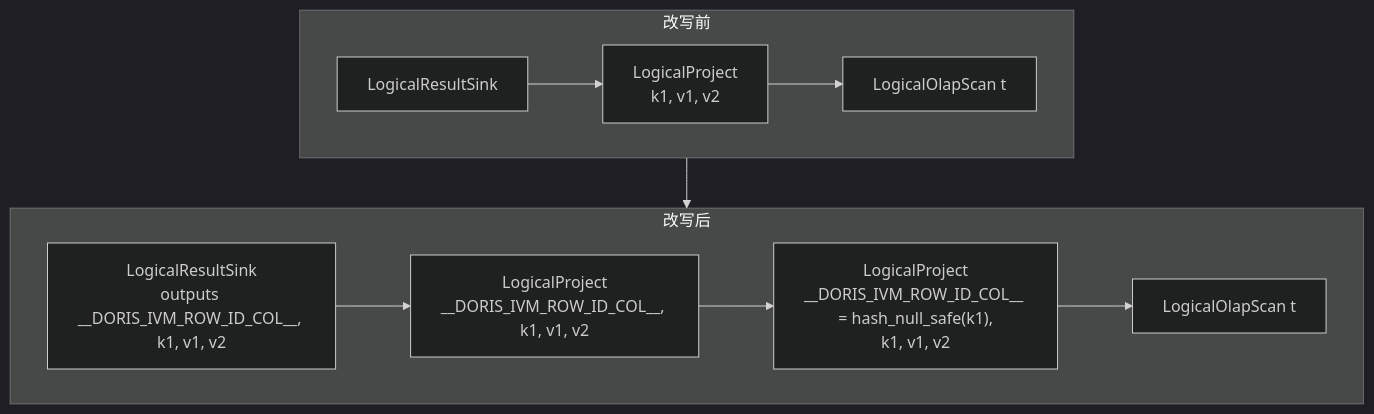
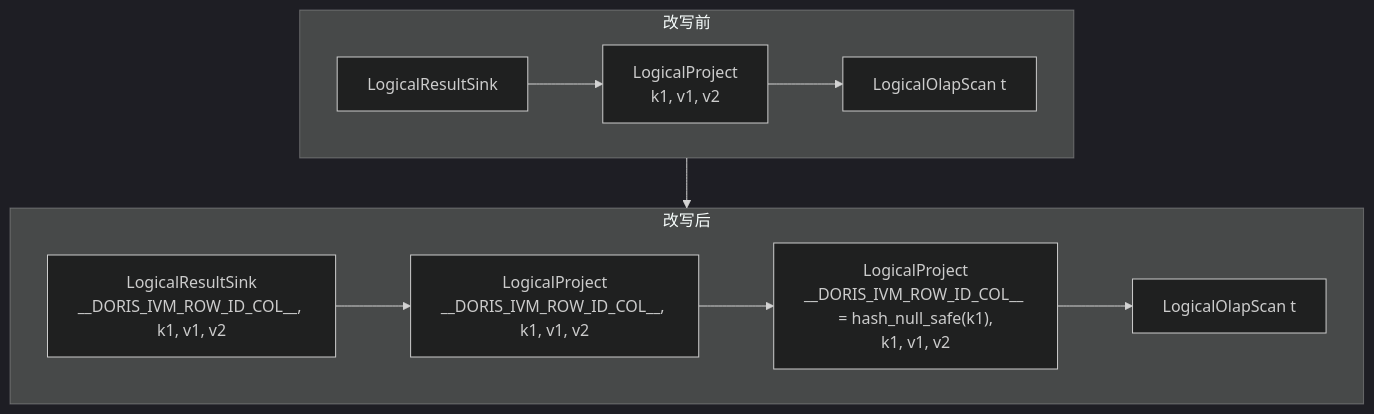
Before and after one commit to seawinde/doris: the fifth of 9 diagrams in docs/ivm_design.md, drawn with Mermaid (dark theme). The commit also changed other lines of this file, not shown here.

First line of the commit message:
[doc](mtmv) Restructure IVM design doc: dedupe and fill gaps

````diff
--- a/docs/ivm_design.md
+++ b/docs/ivm_design.md
@@ -307,13 +277,13 @@
 ```mermaid
 flowchart TB
   subgraph Before["改写前"]
     SK1["LogicalResultSink"] --> P1["LogicalProject<br/>k1, v1, v2"]
     P1 --> SC1["LogicalOlapScan t"]
   end
   subgraph After["改写后"]
-    SK2["LogicalResultSink<br/>outputs __DORIS_IVM_ROW_ID_COL__, k1, v1, v2"] --> P2["LogicalProject<br/>__DORIS_IVM_ROW_ID_COL__, k1, v1, v2"]
+    SK2["LogicalResultSink<br/>__DORIS_IVM_ROW_ID_COL__, k1, v1, v2"] --> P2["LogicalProject<br/>__DORIS_IVM_ROW_ID_COL__, k1, v1, v2"]
     P2 --> P3["LogicalProject<br/>__DORIS_IVM_ROW_ID_COL__ = hash_null_safe(k1),<br/>k1, v1, v2"]
     P3 --> SC2["LogicalOlapScan t"]
   end
   Before --> After
 ```
````
